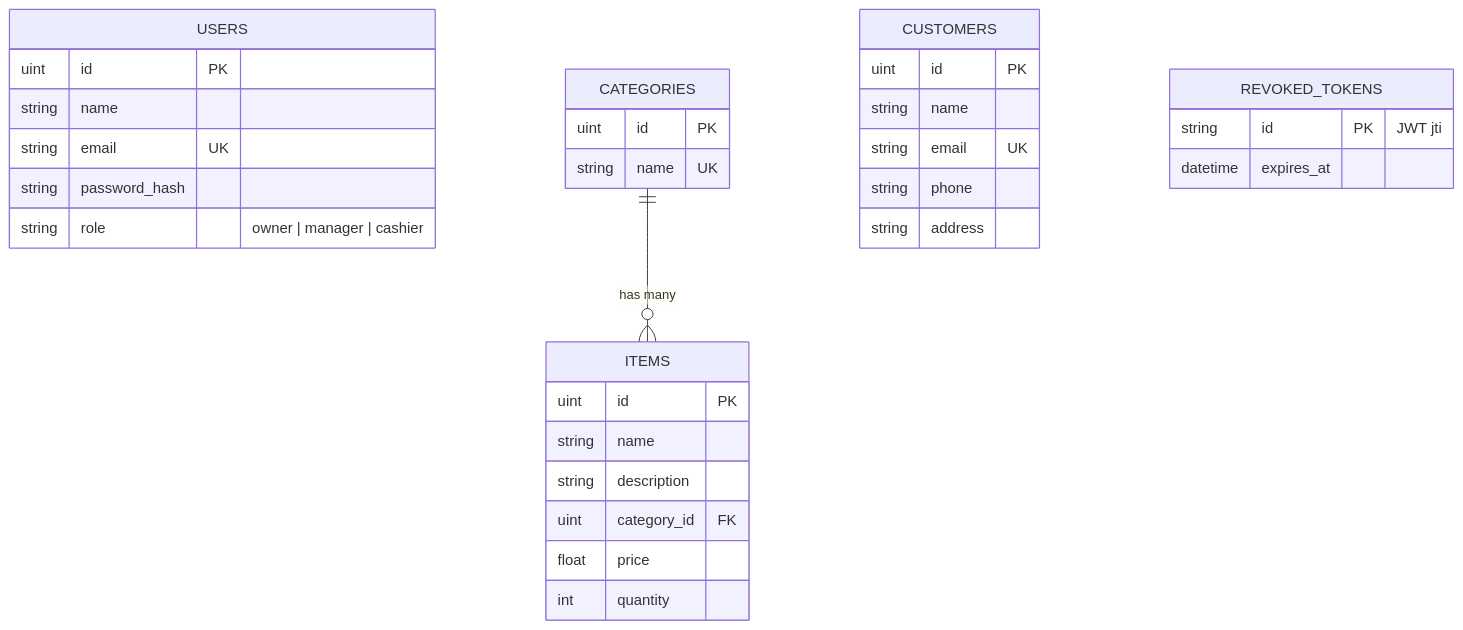
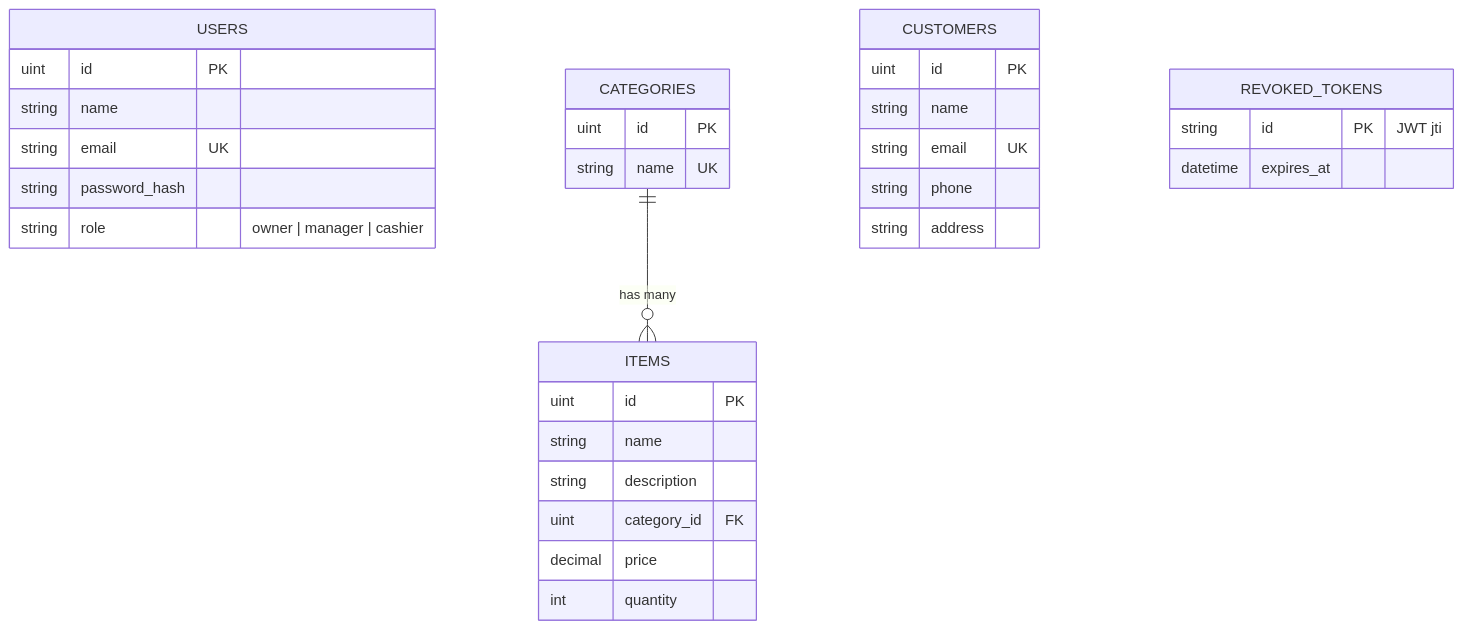
The diagram in README.md (MarioShehan22/ice-cream-api), drawn with Mermaid before and after one commit. The commit also changed other lines of this file and 11 other files, not shown here.

````diff
--- a/README.md
+++ b/README.md
@@ -100,34 +225,34 @@
 ```mermaid
 erDiagram
     USERS {
         uint id PK
         string name
         string email UK
         string password_hash
         string role "owner | manager | cashier"
     }
     CATEGORIES {
         uint id PK
         string name UK
     }
     ITEMS {
         uint id PK
         string name
         string description
         uint category_id FK
-        float price
+        decimal price
         int quantity
     }
     CUSTOMERS {
         uint id PK
         string name
         string email UK
         string phone
         string address
     }
     REVOKED_TOKENS {
         string id PK "JWT jti"
         datetime expires_at
     }
     CATEGORIES ||--o{ ITEMS : "has many"
 ```
````
